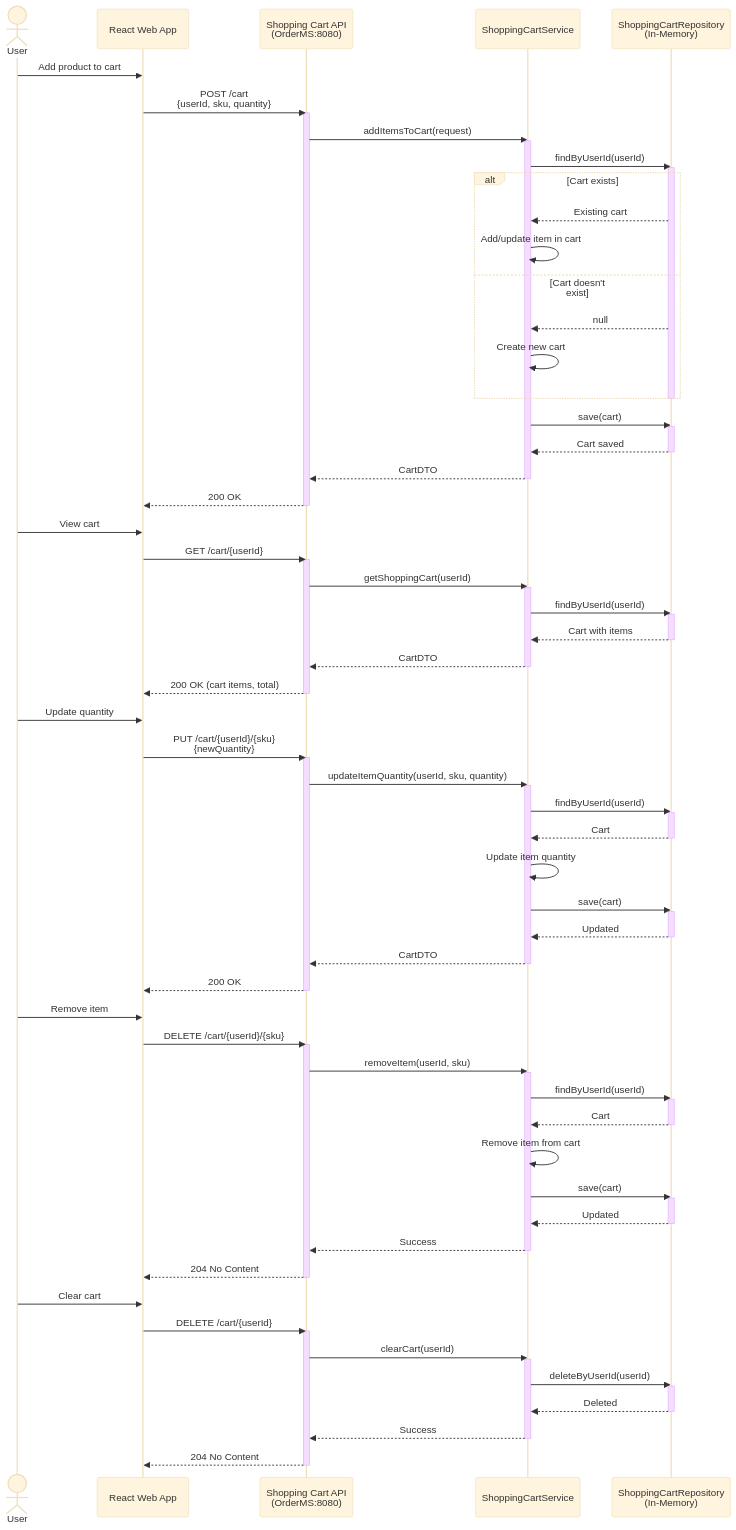
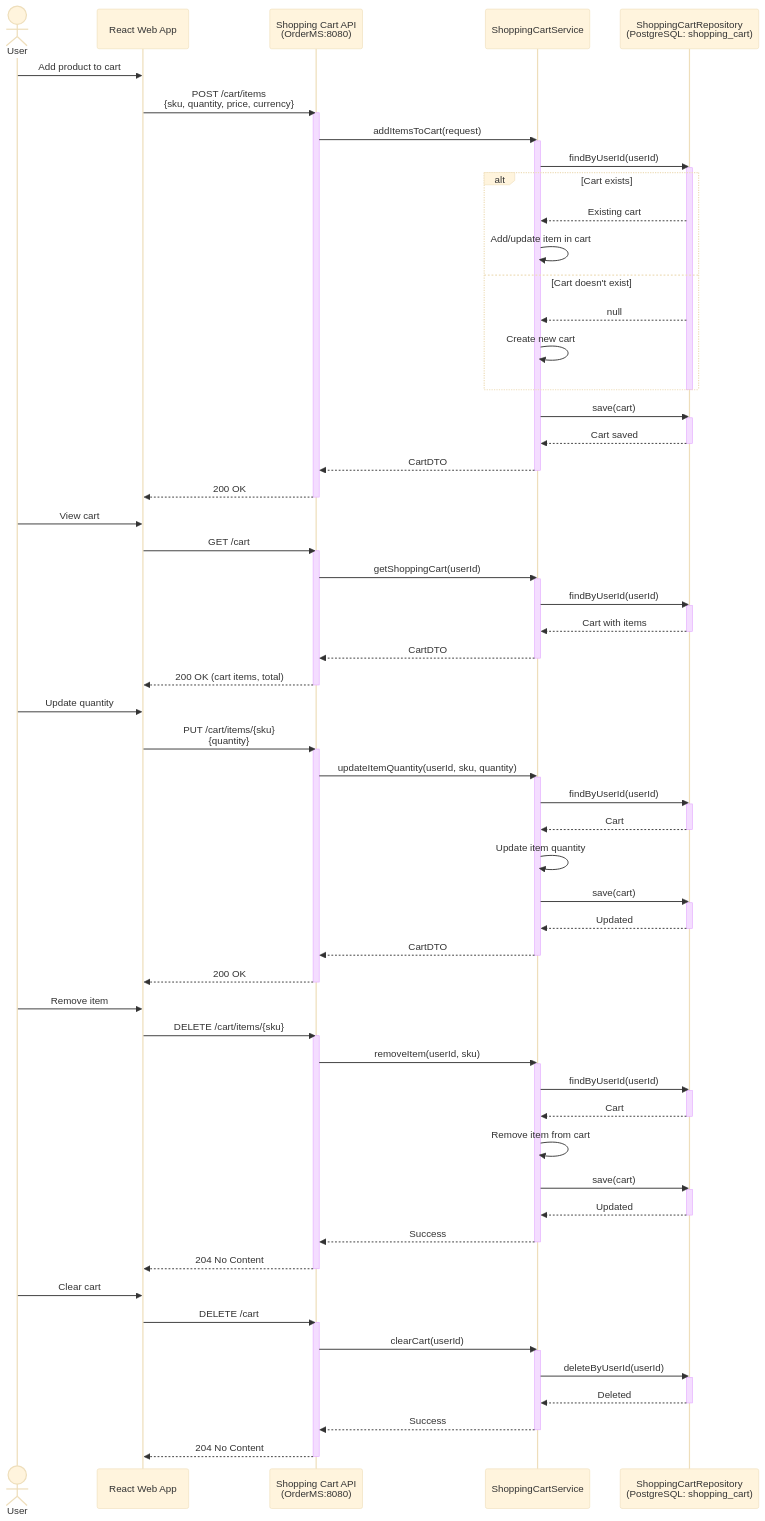
The sixth of 6 diagrams in docs/ARCHITECTURE.md (metao1/microservice-online-store), drawn with Mermaid (base theme) before and after one commit. The commit also changed other lines of this file and 20 other files, not shown here.

```diff
--- a/docs/ARCHITECTURE.md
+++ b/docs/ARCHITECTURE.md
@@ -283,11 +302,11 @@
     participant WebApp as React Web App
     participant CartAPI as Shopping Cart API<br/>(OrderMS:8080)
     participant CartService as ShoppingCartService
-    participant CartRepo as ShoppingCartRepository<br/>(In-Memory)
+    participant CartRepo as ShoppingCartRepository<br/>(PostgreSQL: shopping_cart)
 
     %% Add items to cart
     User->>WebApp: Add product to cart
-    WebApp->>CartAPI: POST /cart<br/>{userId, sku, quantity}
+    WebApp->>CartAPI: POST /cart/items<br/>{sku, quantity, price, currency}
     activate CartAPI
 
     CartAPI->>CartService: addItemsToCart(request)
@@ -317,7 +336,7 @@
 
     %% Get cart
     User->>WebApp: View cart
-    WebApp->>CartAPI: GET /cart/{userId}
+    WebApp->>CartAPI: GET /cart
     activate CartAPI
 
     CartAPI->>CartService: getShoppingCart(userId)
@@ -335,7 +354,7 @@
 
     %% Update item quantity
     User->>WebApp: Update quantity
-    WebApp->>CartAPI: PUT /cart/{userId}/{sku}<br/>{newQuantity}
+    WebApp->>CartAPI: PUT /cart/items/{sku}<br/>{quantity}
     activate CartAPI
 
     CartAPI->>CartService: updateItemQuantity(userId, sku, quantity)
@@ -360,7 +379,7 @@
 
     %% Remove item
     User->>WebApp: Remove item
-    WebApp->>CartAPI: DELETE /cart/{userId}/{sku}
+    WebApp->>CartAPI: DELETE /cart/items/{sku}
     activate CartAPI
 
     CartAPI->>CartService: removeItem(userId, sku)
@@ -385,7 +404,7 @@
 
     %% Clear cart
     User->>WebApp: Clear cart
-    WebApp->>CartAPI: DELETE /cart/{userId}
+    WebApp->>CartAPI: DELETE /cart
     activate CartAPI
 
     CartAPI->>CartService: clearCart(userId)
```
